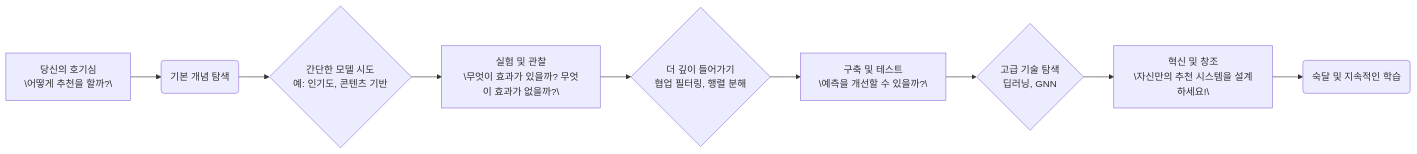
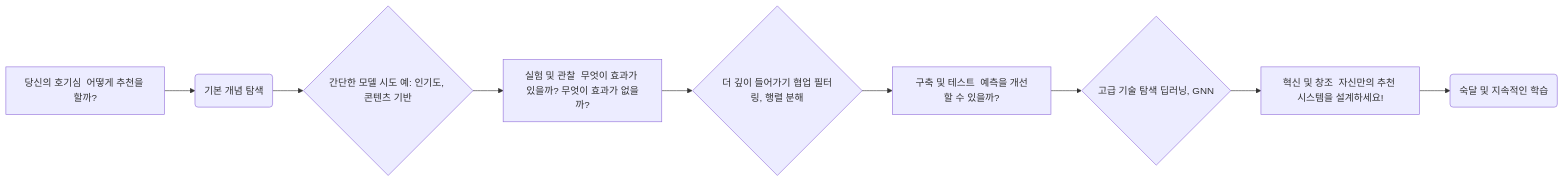
Before and after one commit to gh-shin/suggest-models-example: the first of 11 diagrams in ConstructivistLearningPath.md, drawn with Mermaid. The commit also changed other lines of this file, not shown here.

Commit message:
modify mermaid

````diff
--- a/ConstructivistLearningPath.md
+++ b/ConstructivistLearningPath.md
@@ -14,11 +14,11 @@
 ```mermaid
 graph LR
-    A["당신의 호기심\n\"어떻게 추천을 할까?\""] --> B(기본 개념 탐색);
-    B --> C{"간단한 모델 시도\n예: 인기도, 콘텐츠 기반"};
-    C --> D["실험 및 관찰\n\"무엇이 효과가 있을까? 무엇이 효과가 없을까?\""];
-    D --> E{"더 깊이 들어가기\n협업 필터링, 행렬 분해"};
-    E --> F["구축 및 테스트\n\"예측을 개선할 수 있을까?\""];
-    F --> G{"고급 기술 탐색\n딥러닝, GNN"};
-    G --> H["혁신 및 창조\n\"자신만의 추천 시스템을 설계하세요!\""];
+    A["당신의 호기심  어떻게 추천을 할까? "] --> B(기본 개념 탐색);
+    B --> C{"간단한 모델 시도 예: 인기도, 콘텐츠 기반"};
+    C --> D["실험 및 관찰  무엇이 효과가 있을까? 무엇이 효과가 없을까? "];
+    D --> E{"더 깊이 들어가기 협업 필터링, 행렬 분해"};
+    E --> F["구축 및 테스트  예측을 개선할 수 있을까? "];
+    F --> G{"고급 기술 탐색 딥러닝, GNN"};
+    G --> H["혁신 및 창조  자신만의 추천 시스템을 설계하세요! "];
     H --> I(숙달 및 지속적인 학습);
 ```
````
